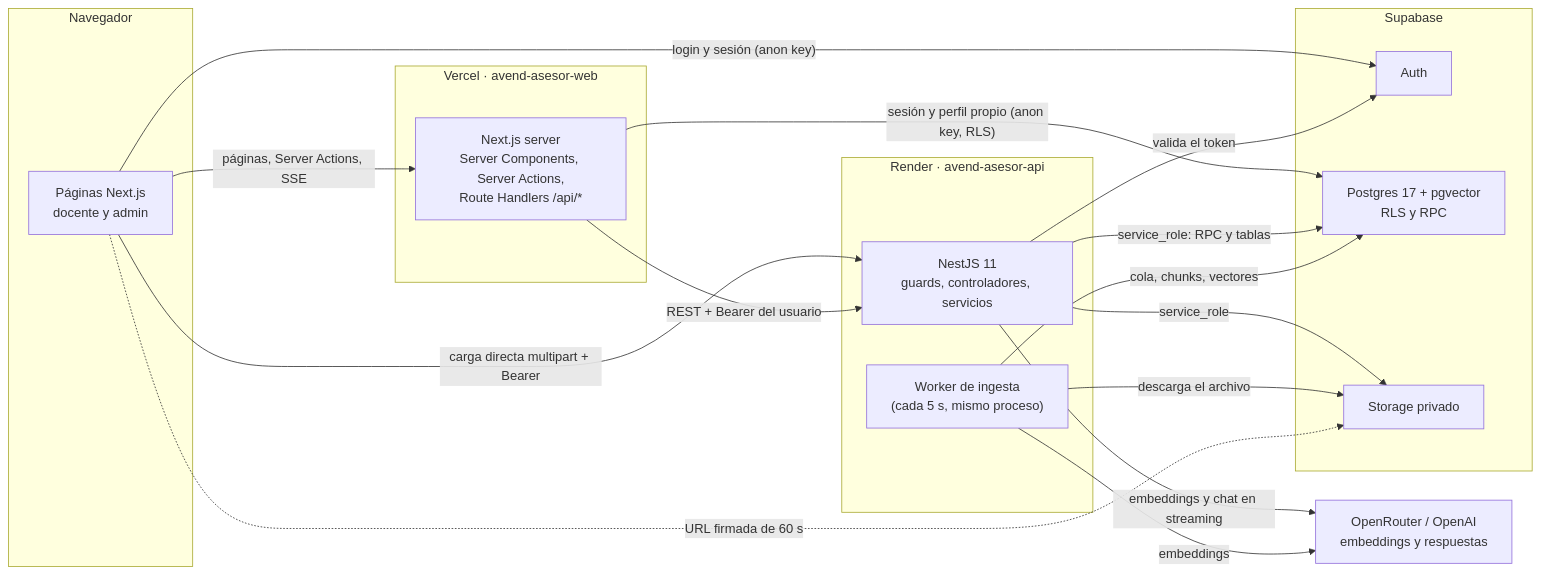
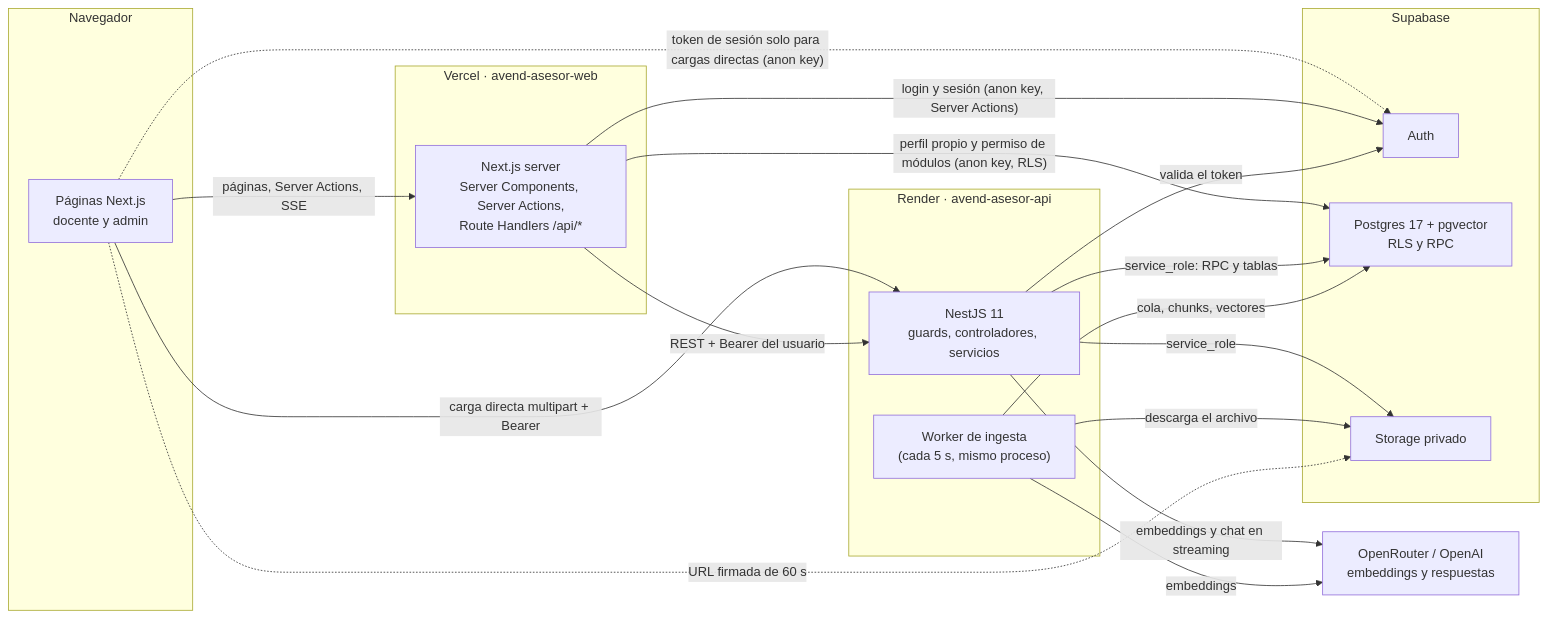
One commit to L3x-00/AvendAsesor changed the first of 3 diagrams in docs/architecture/arquitectura.md. Above: the diagram before and after it, drawn with Mermaid. The commit also changed other lines of this file and 4 other files, not shown here.

````diff
--- a/docs/architecture/arquitectura.md
+++ b/docs/architecture/arquitectura.md
@@ -43,33 +43,34 @@
 ```mermaid
 flowchart LR
   subgraph NAV["Navegador"]
     UI["Páginas Next.js<br/>docente y admin"]
   end
   subgraph VER["Vercel · avend-asesor-web"]
     BFF["Next.js server<br/>Server Components, Server Actions,<br/>Route Handlers /api/*"]
   end
   subgraph REN["Render · avend-asesor-api"]
     API["NestJS 11<br/>guards, controladores, servicios"]
     WRK["Worker de ingesta<br/>(cada 5 s, mismo proceso)"]
   end
   subgraph SUP["Supabase"]
     AUTH["Auth"]
     DB["Postgres 17 + pgvector<br/>RLS y RPC"]
     ST["Storage privado"]
   end
   AI["OpenRouter / OpenAI<br/>embeddings y respuestas"]
 
   UI -- "páginas, Server Actions, SSE" --> BFF
-  UI -- "login y sesión (anon key)" --> AUTH
+  UI -. "token de sesión solo para cargas directas (anon key)" .-> AUTH
   UI -- "carga directa multipart + Bearer" --> API
+  BFF -- "login y sesión (anon key, Server Actions)" --> AUTH
   BFF -- "REST + Bearer del usuario" --> API
-  BFF -- "sesión y perfil propio (anon key, RLS)" --> DB
+  BFF -- "perfil propio y permiso de módulos (anon key, RLS)" --> DB
   API -- "valida el token" --> AUTH
   API -- "service_role: RPC y tablas" --> DB
   API -- "service_role" --> ST
   API -- "embeddings y chat en streaming" --> AI
   WRK -- "cola, chunks, vectores" --> DB
   WRK -- "descarga el archivo" --> ST
   WRK -- "embeddings" --> AI
   UI -. "URL firmada de 60 s" .-> ST
 ```
````
